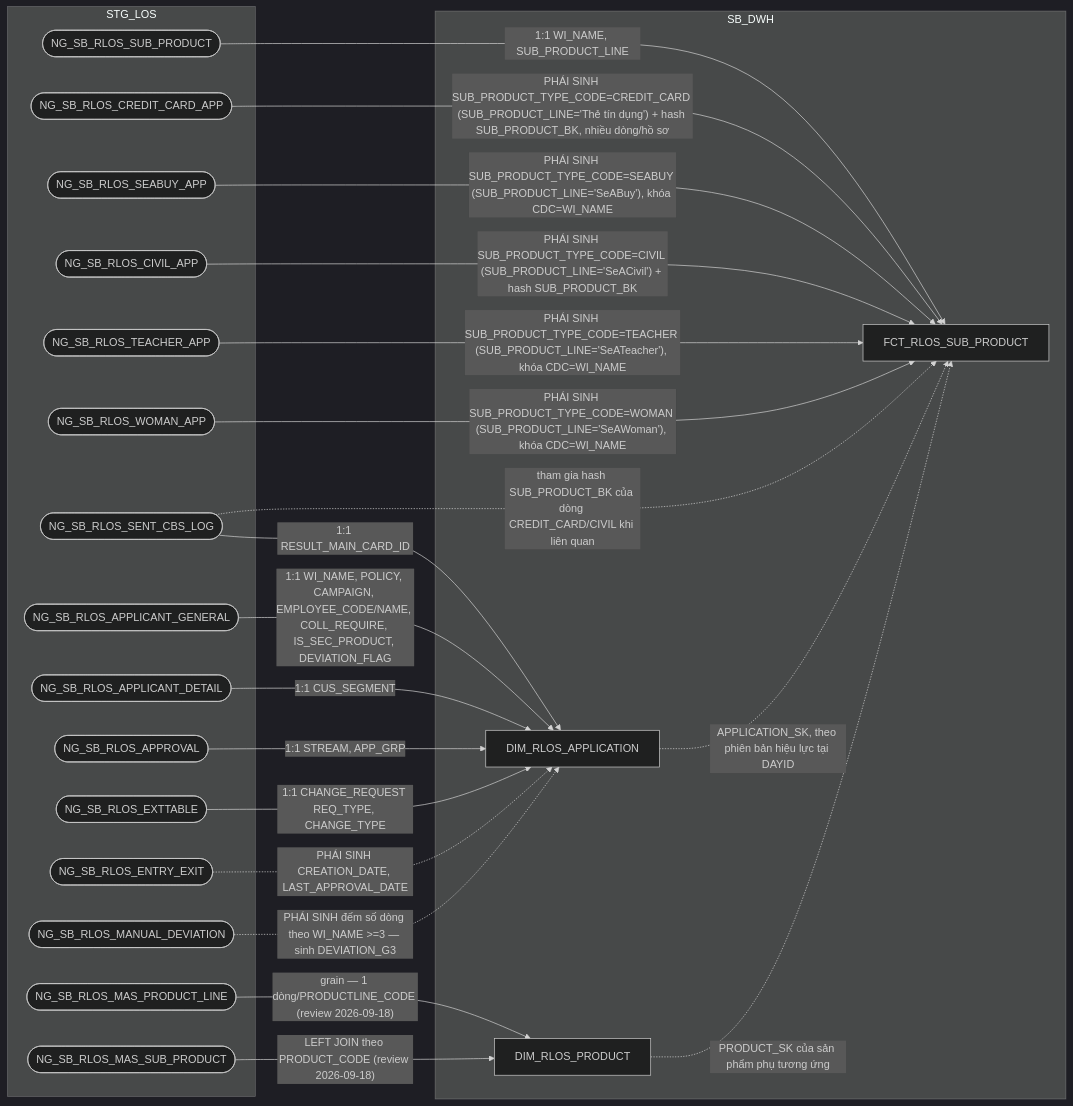
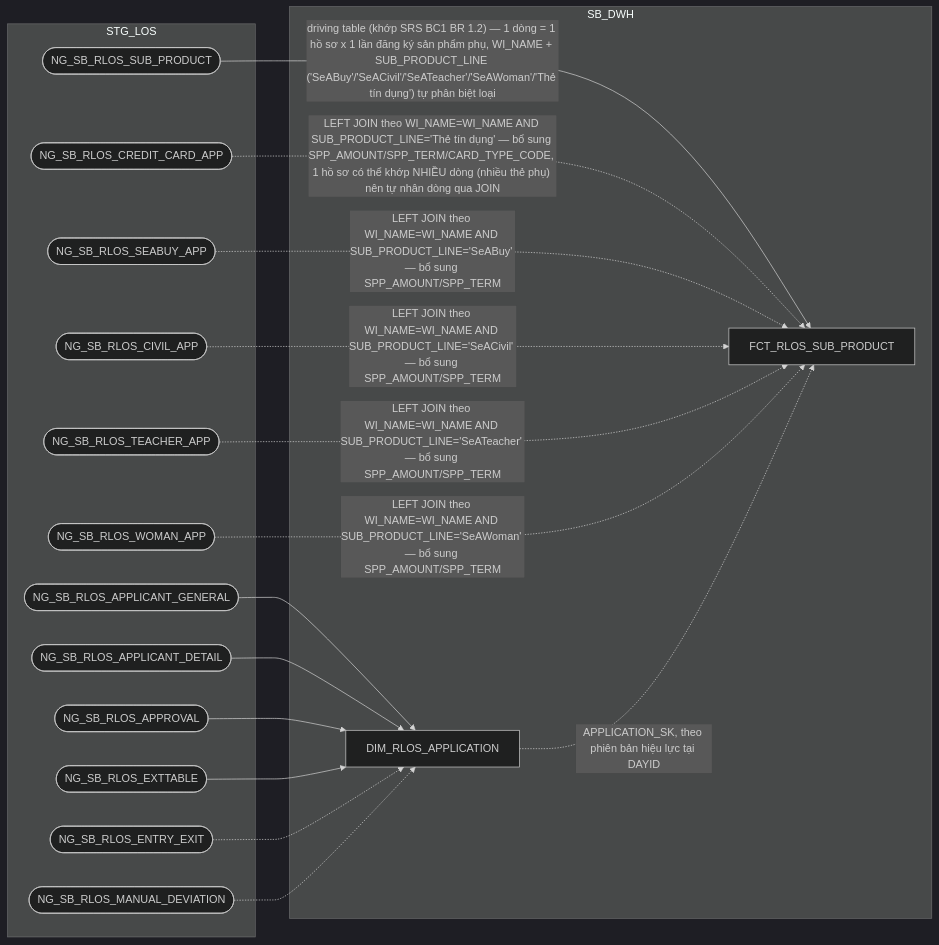
The ninth of 14 diagrams in hld/hld_review/HLD_FCT_SB_DWH_review.md (chien1198/sb-mapping-gen), drawn with Mermaid (dark theme) before and after one commit. The commit also changed other lines of this file and 183 other files, not shown here.

````diff
--- a/hld/hld_review/HLD_FCT_SB_DWH_review.md
+++ b/hld/hld_review/HLD_FCT_SB_DWH_review.md
@@ -841,43 +761,34 @@
 ```mermaid
 flowchart LR
     subgraph STG_LOS
         A1(["NG_SB_RLOS_SUB_PRODUCT"])
         A2(["NG_SB_RLOS_CREDIT_CARD_APP"])
         A3(["NG_SB_RLOS_SEABUY_APP"])
         A4(["NG_SB_RLOS_CIVIL_APP"])
         A5(["NG_SB_RLOS_TEACHER_APP"])
         A6(["NG_SB_RLOS_WOMAN_APP"])
-        A7(["NG_SB_RLOS_SENT_CBS_LOG"])
         P1(["NG_SB_RLOS_APPLICANT_GENERAL"])
         P2(["NG_SB_RLOS_APPLICANT_DETAIL"])
         P3(["NG_SB_RLOS_APPROVAL"])
         P4(["NG_SB_RLOS_EXTTABLE"])
         P6(["NG_SB_RLOS_ENTRY_EXIT"])
         P7(["NG_SB_RLOS_MANUAL_DEVIATION"])
-        MP(["NG_SB_RLOS_MAS_PRODUCT_LINE"])
-        MP2(["NG_SB_RLOS_MAS_SUB_PRODUCT"])
     end
     subgraph SB_DWH
         D["DIM_RLOS_APPLICATION"]
-        P["DIM_RLOS_PRODUCT"]
         C["FCT_RLOS_SUB_PRODUCT"]
     end
-    A1 -->|1:1 WI_NAME, SUB_PRODUCT_LINE| C
-    A2 -->|"PHÁI SINH SUB_PRODUCT_TYPE_CODE=CREDIT_CARD (SUB_PRODUCT_LINE='Thẻ tín dụng') + hash SUB_PRODUCT_BK, nhiều dòng/hồ sơ"| C
-    A3 -->|"PHÁI SINH SUB_PRODUCT_TYPE_CODE=SEABUY (SUB_PRODUCT_LINE='SeABuy'), khóa CDC=WI_NAME"| C
-    A4 -->|"PHÁI SINH SUB_PRODUCT_TYPE_CODE=CIVIL (SUB_PRODUCT_LINE='SeACivil') + hash SUB_PRODUCT_BK"| C
-    A5 -->|"PHÁI SINH SUB_PRODUCT_TYPE_CODE=TEACHER (SUB_PRODUCT_LINE='SeATeacher'), khóa CDC=WI_NAME"| C
-    A6 -->|"PHÁI SINH SUB_PRODUCT_TYPE_CODE=WOMAN (SUB_PRODUCT_LINE='SeAWoman'), khóa CDC=WI_NAME"| C
-    A7 -.->|tham gia hash SUB_PRODUCT_BK của dòng CREDIT_CARD/CIVIL khi liên quan| C
+    A1 -->|"driving table (khớp SRS BC1 BR 1.2) — 1 dòng = 1 hồ sơ x 1 lần đăng ký sản phẩm phụ, WI_NAME + SUB_PRODUCT_LINE ('SeABuy'/'SeACivil'/'SeATeacher'/'SeAWoman'/'Thẻ tín dụng') tự phân biệt loại"| C
+    A2 -.->|"LEFT JOIN theo WI_NAME=WI_NAME AND SUB_PRODUCT_LINE='Thẻ tín dụng' — bổ sung SPP_AMOUNT/SPP_TERM/CARD_TYPE_CODE, 1 hồ sơ có thể khớp NHIỀU dòng (nhiều thẻ phụ) nên tự nhân dòng qua JOIN"| C
+    A3 -.->|"LEFT JOIN theo WI_NAME=WI_NAME AND SUB_PRODUCT_LINE='SeABuy' — bổ sung SPP_AMOUNT/SPP_TERM"| C
+    A4 -.->|"LEFT JOIN theo WI_NAME=WI_NAME AND SUB_PRODUCT_LINE='SeACivil' — bổ sung SPP_AMOUNT/SPP_TERM"| C
+    A5 -.->|"LEFT JOIN theo WI_NAME=WI_NAME AND SUB_PRODUCT_LINE='SeATeacher' — bổ sung SPP_AMOUNT/SPP_TERM"| C
+    A6 -.->|"LEFT JOIN theo WI_NAME=WI_NAME AND SUB_PRODUCT_LINE='SeAWoman' — bổ sung SPP_AMOUNT/SPP_TERM"| C
     D -.->|APPLICATION_SK, theo phiên bản hiệu lực tại DAYID| C
-    P -.->|PRODUCT_SK của sản phẩm phụ tương ứng| C
-    P1 -->|1:1 WI_NAME, POLICY, CAMPAIGN, EMPLOYEE_CODE/NAME, COLL_REQUIRE, IS_SEC_PRODUCT, DEVIATION_FLAG| D
-    P2 -->|1:1 CUS_SEGMENT| D
-    P3 -->|1:1 STREAM, APP_GRP| D
-    P4 -->|1:1 CHANGE_REQUEST REQ_TYPE, CHANGE_TYPE| D
-    A7 -->|1:1 RESULT_MAIN_CARD_ID| D
-    P6 -.->|PHÁI SINH CREATION_DATE, LAST_APPROVAL_DATE| D
-    P7 -.->|"PHÁI SINH đếm số dòng theo WI_NAME >=3 — sinh DEVIATION_G3"| D
-    MP -->|"grain — 1 dòng/PRODUCTLINE_CODE (review 2026-09-18)"| P
-    MP2 -->|"LEFT JOIN theo PRODUCT_CODE (review 2026-09-18)"| P
+    P1 --> D
+    P2 --> D
+    P3 --> D
+    P4 --> D
+    P6 -.-> D
+    P7 -.-> D
 ```
````
